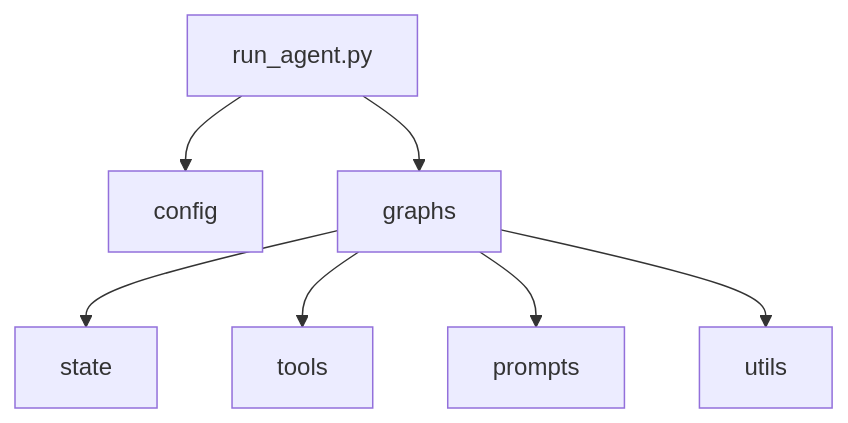
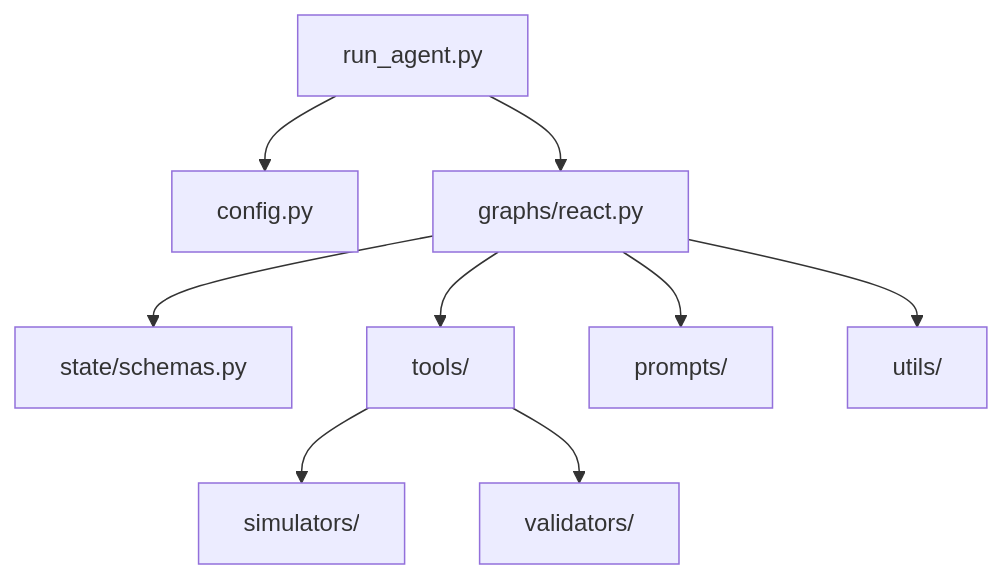
Before and after one commit to advent-lab/llm-verif: the second of 6 diagrams in docs/ARCH.md, drawn with Mermaid. The commit also changed other lines of this file and 3 other files, not shown here.

````diff
--- a/docs/ARCH.md
+++ b/docs/ARCH.md
@@ -134,9 +160,11 @@
 ```mermaid
 graph TD
-    Main[run_agent.py] --> Config[config]
-    Main --> Graphs[graphs]
-    Graphs --> State[state]
-    Graphs --> Tools[tools]
-    Graphs --> Prompts[prompts]
-    Graphs --> Utils[utils]
+    Main[run_agent.py] --> Config[config.py]
+    Main --> Graphs[graphs/react.py]
+    Graphs --> State[state/schemas.py]
+    Graphs --> Tools[tools/]
+    Graphs --> Prompts[prompts/]
+    Graphs --> Utils[utils/]
+    Tools --> Simulators[simulators/]
+    Tools --> Validators[validators/]
 ```
````
